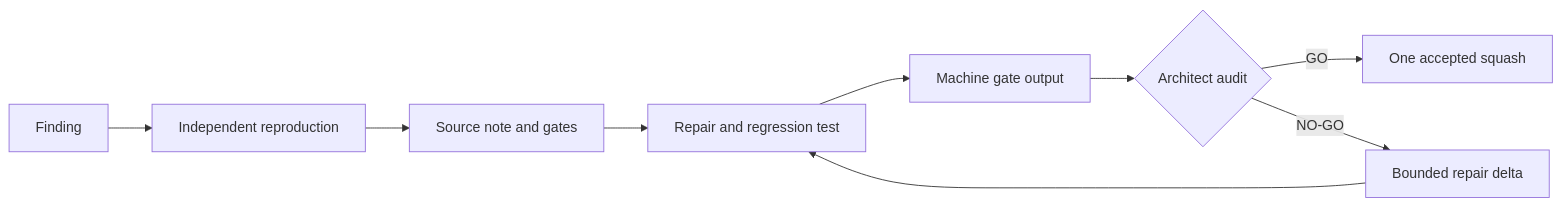
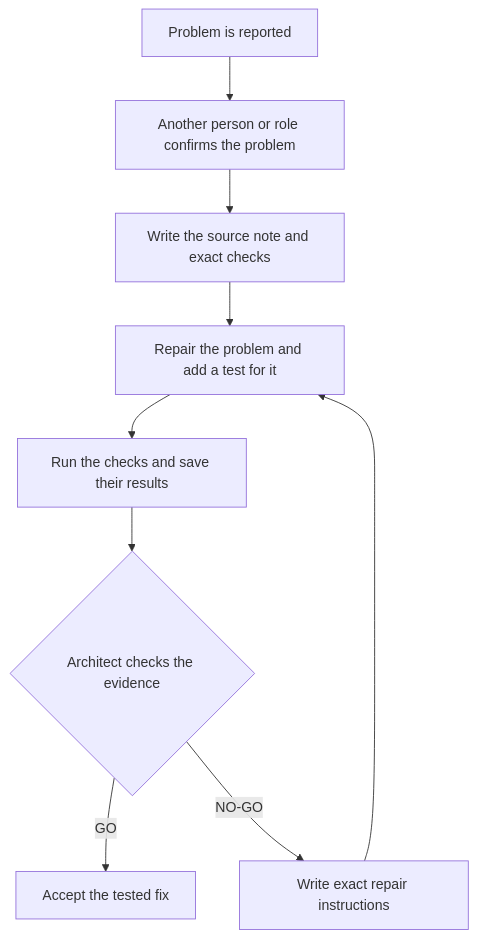
One commit to SBU-COSMOLIKE/emulators_code_v2 changed the second of 6 diagrams in ai/README.md. Above: the diagram before and after it, drawn with Mermaid. The commit also changed other lines of this file, not shown here.

````diff
--- a/ai/README.md
+++ b/ai/README.md
@@ -441,11 +441,11 @@
 ```mermaid
-flowchart LR
-  F["Finding"] --> R["Independent reproduction"]
-  R --> S["Source note and gates"]
-  S --> C["Repair and regression test"]
-  C --> G["Machine gate output"]
-  G --> A{"Architect audit"}
-  A -->|"GO"| L["One accepted squash"]
-  A -->|"NO-GO"| D["Bounded repair delta"]
+flowchart TD
+  F["Problem is reported"] --> R["Another person or role confirms the problem"]
+  R --> S["Write the source note and exact checks"]
+  S --> C["Repair the problem and add a test for it"]
+  C --> G["Run the checks and save their results"]
+  G --> A{"Architect checks the evidence"}
+  A -->|"GO"| L["Accept the tested fix"]
+  A -->|"NO-GO"| D["Write exact repair instructions"]
   D --> C
 ```
````
